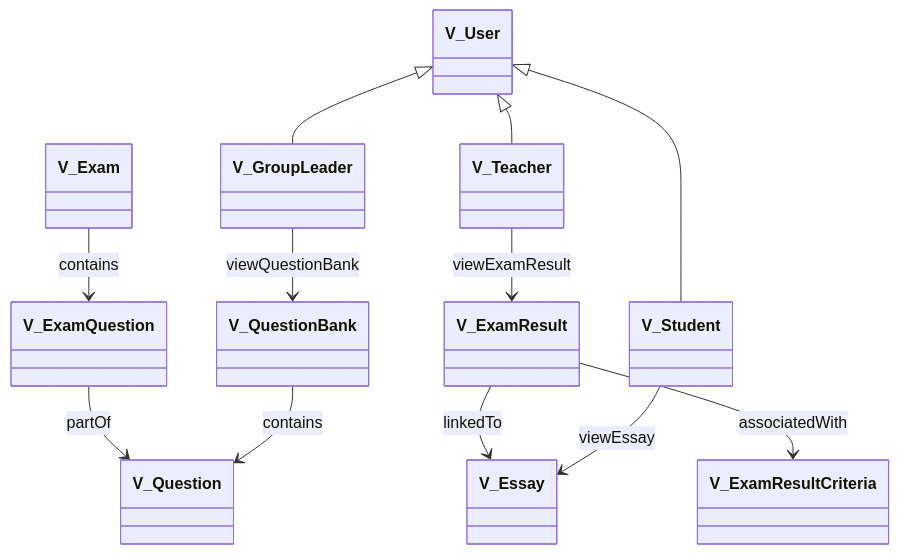
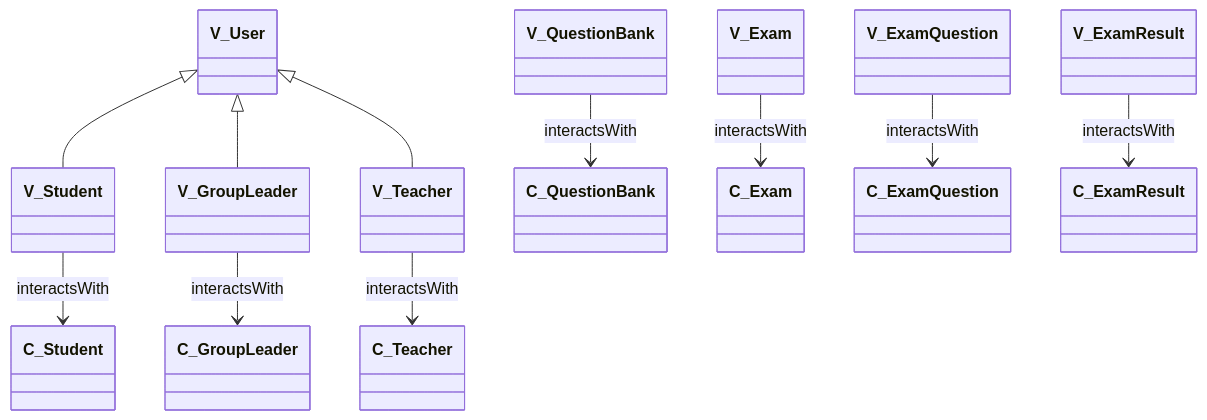
The fifth of 6 diagrams in 5. Software E/Project MVC.md (DoanNgocCuong/home), drawn with Mermaid before and after one commit. The commit also changed other lines of this file, not shown here.

````diff
--- a/5. Software E/Project MVC.md
+++ b/5. Software E/Project MVC.md
@@ -238,15 +306,14 @@
 ```mermaid
 classDiagram
     V_User <|-- V_Student
     V_User <|-- V_GroupLeader
     V_User <|-- V_Teacher
 
-    V_GroupLeader --> V_QuestionBank : viewQuestionBank
-    V_QuestionBank --> V_Question : contains
-    V_Exam --> V_ExamQuestion : contains
-    V_ExamQuestion --> V_Question : partOf
-    V_Student --> V_Essay : viewEssay
-    V_Teacher --> V_ExamResult : viewExamResult
-    V_ExamResult --> V_ExamResultCriteria : associatedWith
-    V_ExamResult --> V_Essay : linkedTo
+    V_GroupLeader --> C_GroupLeader : interactsWith
+    V_QuestionBank --> C_QuestionBank : interactsWith
+    V_Exam --> C_Exam : interactsWith
+    V_ExamQuestion --> C_ExamQuestion : interactsWith
+    V_Student --> C_Student : interactsWith
+    V_Teacher --> C_Teacher : interactsWith
+    V_ExamResult --> C_ExamResult : interactsWith
 ```
````
